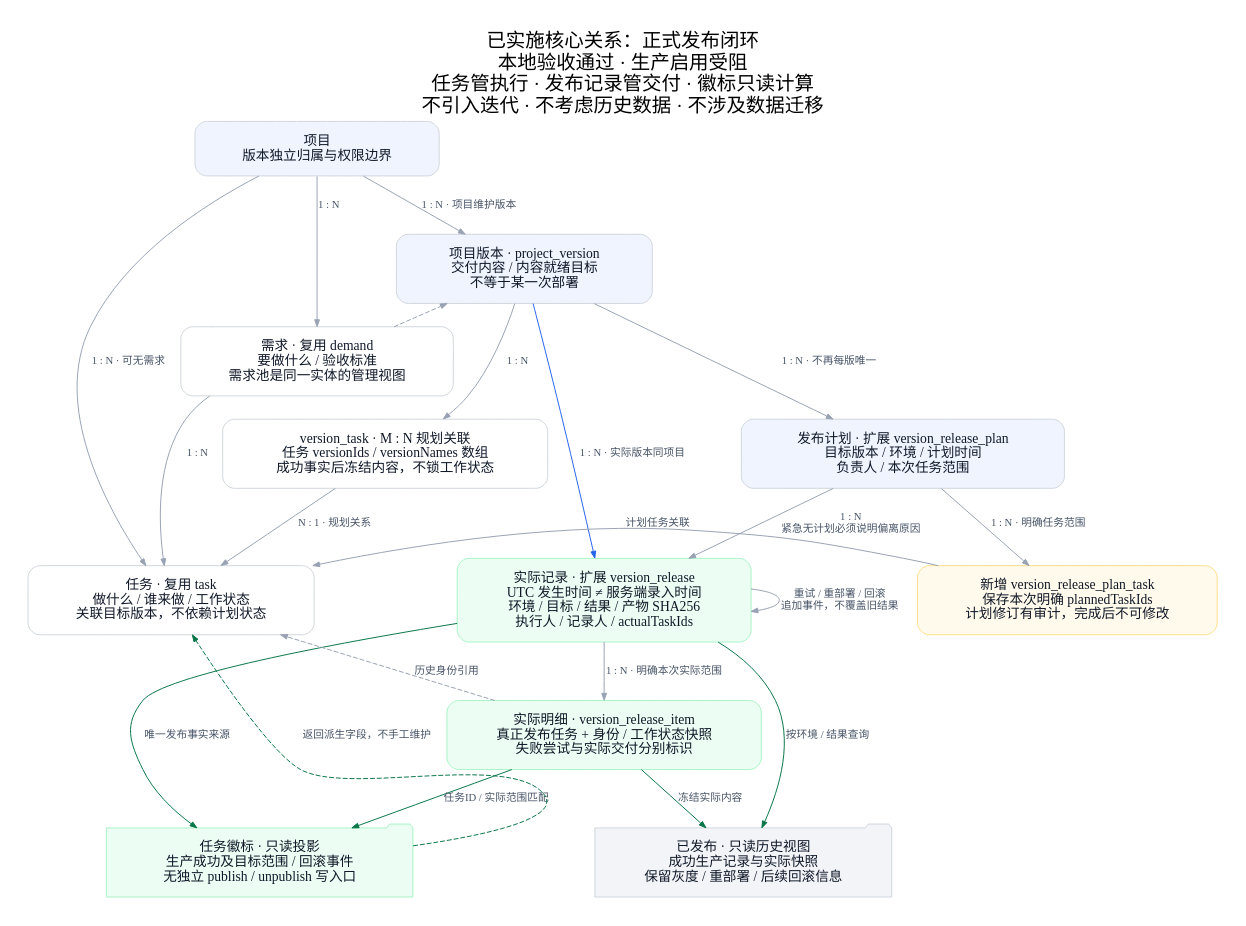
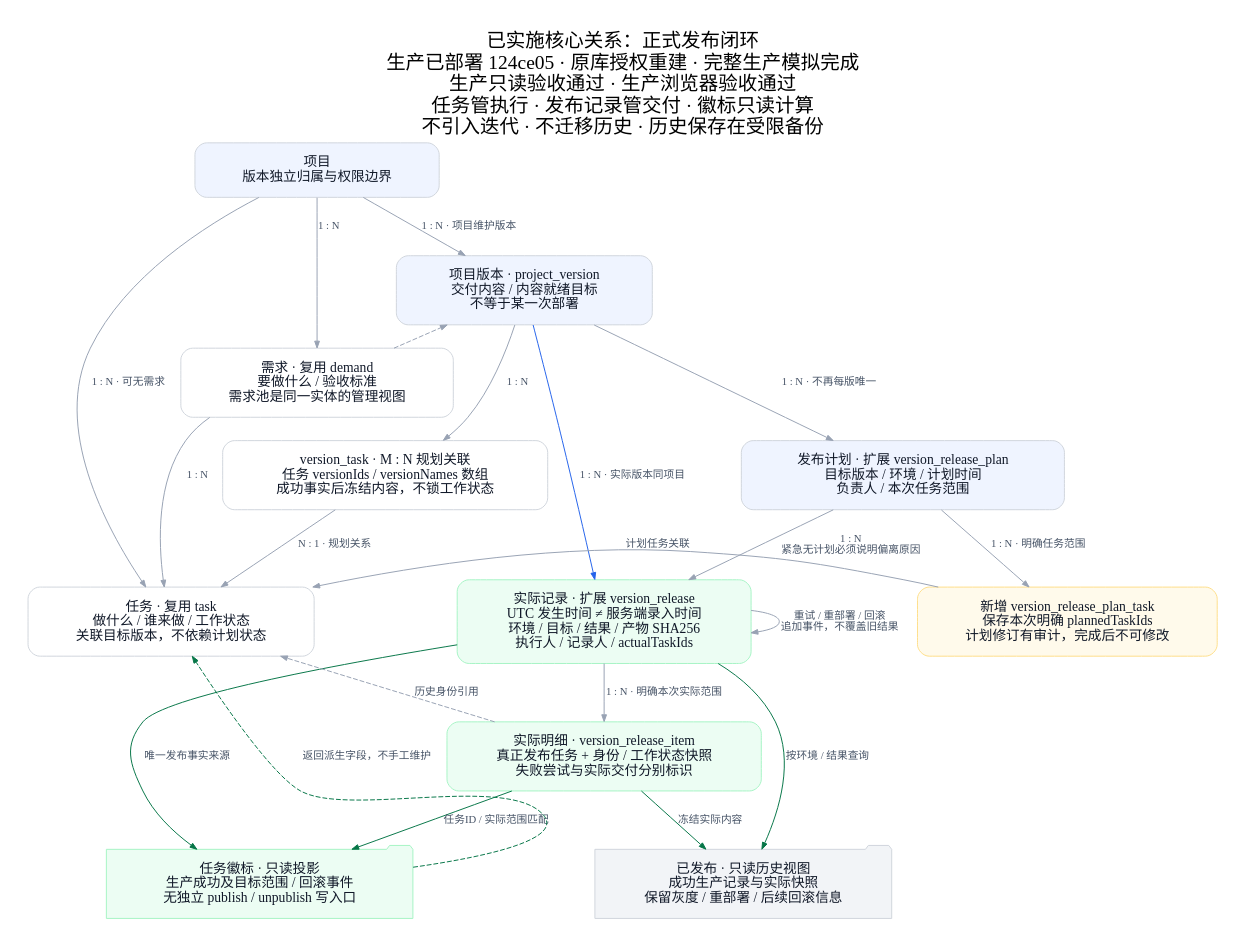
One commit to kong0827/hourglass changed the diagram in docs/audit/推荐核心实体关系-2026-11-09.dot. Above: the diagram before and after it, drawn with Graphviz. The commit also changed 22 other files, not shown here.

```diff
--- a/docs/audit/推荐核心实体关系-2026-11-09.dot
+++ b/docs/audit/推荐核心实体关系-2026-11-09.dot
@@ -1,36 +1,36 @@
 digraph TargetEntities {
-  graph [rankdir=TB, bgcolor="#FFFFFF", pad="0.3", nodesep="0.4", ranksep="0.65", fontname="PingFang SC", fontsize=20, label="已实施核心关系：正式发布闭环\n本地验收通过 · 生产启用受阻\n任务管执行 · 发布记录管交付 · 徽标只读计算\n不引入迭代 · 不考虑历史数据 · 不涉及数据迁移", labelloc=t];
+  graph [rankdir=TB, bgcolor="#FFFFFF", pad="0.3", nodesep="0.4", ranksep="0.65", fontname="PingFang SC", fontsize=20, label="已实施核心关系：正式发布闭环\n生产已部署 124ce05 · 原库授权重建 · 完整生产模拟完成\n生产只读验收通过 · 生产浏览器验收通过\n任务管执行 · 发布记录管交付 · 徽标只读计算\n不引入迭代 · 不迁移历史 · 历史保存在受限备份", labelloc=t];
   node [shape=box, style="rounded,filled", fillcolor="#FFFFFF", color="#D0D5DD", fontcolor="#101828", fontname="PingFang SC", fontsize=14, margin="0.65,0.18"];
   edge [color="#98A2B3", fontname="PingFang SC", fontsize=11, fontcolor="#475467", arrowsize=0.7];
   project [label="项目\n版本独立归属与权限边界", fillcolor="#EFF4FF"];
   demand [label="需求 · 复用 demand\n要做什么 / 验收标准\n需求池是同一实体的管理视图"];
   task [label="任务 · 复用 task\n做什么 / 谁来做 / 工作状态\n关联目标版本，不依赖计划状态"];
   version [label="项目版本 · project_version\n交付内容 / 内容就绪目标\n不等于某一次部署", fillcolor="#EFF4FF"];
   version_task [label="version_task · M : N 规划关联\n任务 versionIds / versionNames 数组\n成功事实后冻结内容，不锁工作状态"];
   plan [label="发布计划 · 扩展 version_release_plan\n目标版本 / 环境 / 计划时间\n负责人 / 本次任务范围", fillcolor="#EFF4FF"];
   plan_task [label="新增 version_release_plan_task\n保存本次明确 plannedTaskIds\n计划修订有审计，完成后不可修改", fillcolor="#FFFAEB", color="#FEDF89"];
   record [label="实际记录 · 扩展 version_release\nUTC 发生时间 ≠ 服务端录入时间\n环境 / 目标 / 结果 / 产物 SHA256\n执行人 / 记录人 / actualTaskIds", fillcolor="#ECFDF3", color="#A6F4C5"];
   snapshot [label="实际明细 · version_release_item\n真正发布任务 + 身份 / 工作状态快照\n失败尝试与实际交付分别标识", fillcolor="#ECFDF3", color="#A6F4C5"];
   published [shape=folder, label="已发布 · 只读历史视图\n成功生产记录与实际快照\n保留灰度 / 重部署 / 后续回滚信息", fillcolor="#F2F4F7"];
   badge [shape=folder, label="任务徽标 · 只读投影\n生产成功及目标范围 / 回滚事件\n无独立 publish / unpublish 写入口", fillcolor="#ECFDF3", color="#A6F4C5"];
   project -> demand [label="1 : N"];
   project -> task [label="1 : N · 可无需求"];
   project -> version [label="1 : N · 项目维护版本"];
   demand -> task [label="1 : N"];
   demand -> version [label="目标意向，不是交付事实", style=dashed, constraint=false];
   version -> version_task [label="1 : N"];
   version_task -> task [label="N : 1 · 规划关系"];
   version -> plan [label="1 : N · 不再每版唯一"];
   plan -> plan_task [label="1 : N · 明确任务范围"];
   plan_task -> task [label="计划任务关联", constraint=false];
   plan -> record [label="1 : N\n紧急无计划必须说明偏离原因"];
   version -> record [label="1 : N · 实际版本同项目", color="#2563EB"];
   record -> record [label="重试 / 重部署 / 回滚\n追加事件，不覆盖旧结果", constraint=false];
   record -> snapshot [label="1 : N · 明确本次实际范围"];
   snapshot -> task [label="历史身份引用", style=dashed, constraint=false];
   record -> published [label="按环境 / 结果查询", color="#067647"];
   snapshot -> published [label="冻结实际内容", color="#067647"];
   record -> badge [label="唯一发布事实来源", color="#067647"];
   snapshot -> badge [label="任务ID / 实际范围匹配", color="#067647"];
   badge -> task [label="返回派生字段，不手工维护", style=dashed, color="#067647", constraint=false];
 }
```
